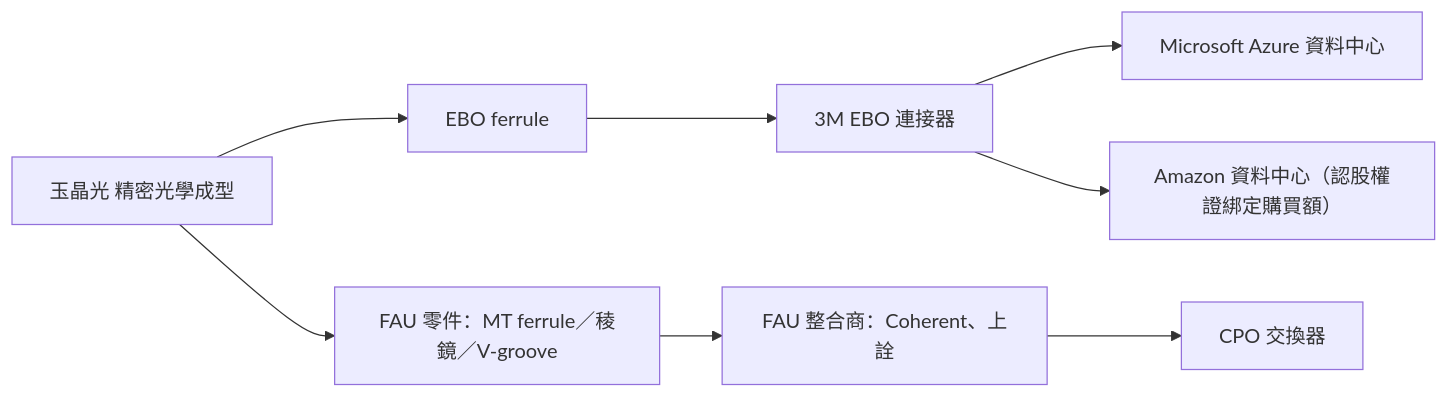
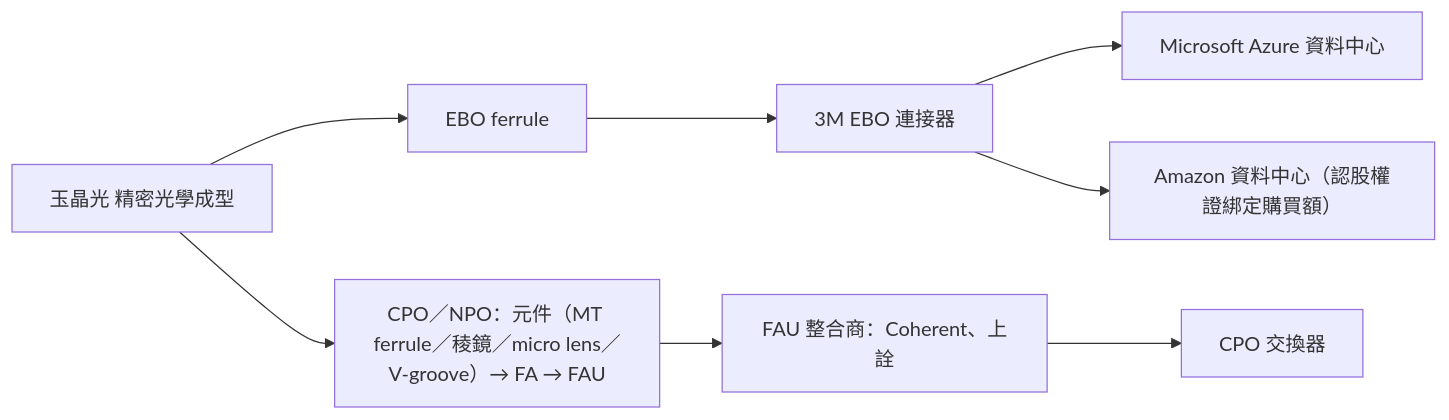
One commit to kevn950324/wiki_Stockv2 changed the diagram in content/lib/1.company/TW/3406_玉晶光（市）.md. Above: the diagram before and after it, drawn with Mermaid. The commit also changed other lines of this file and 67 other files, not shown here.

````diff
--- a/content/lib/1.company/TW/3406_玉晶光（市）.md
+++ b/content/lib/1.company/TW/3406_玉晶光（市）.md
@@ -54,10 +56,10 @@
 ```mermaid
 flowchart LR
   A[玉晶光 精密光學成型] --> B[EBO ferrule]
-  A --> C[FAU 零件：MT ferrule／稜鏡／V-groove]
+  A --> C[CPO／NPO：元件（MT ferrule／稜鏡／micro lens／V-groove）→ FA → FAU]
   B --> D[3M EBO 連接器]
   D --> E[Microsoft Azure 資料中心]
   D --> H[Amazon 資料中心（認股權證綁定購買額）]
   C --> F[FAU 整合商：Coherent、上詮]
   F --> G[CPO 交換器]
 ```
````
